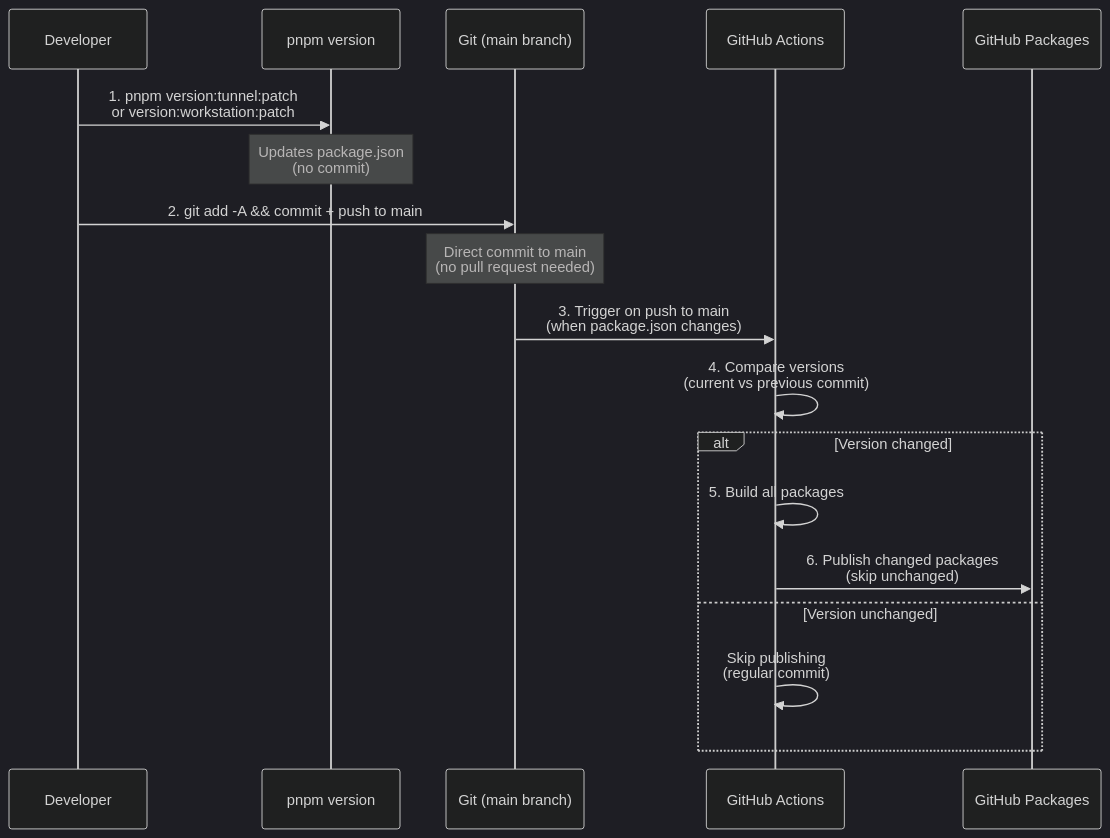
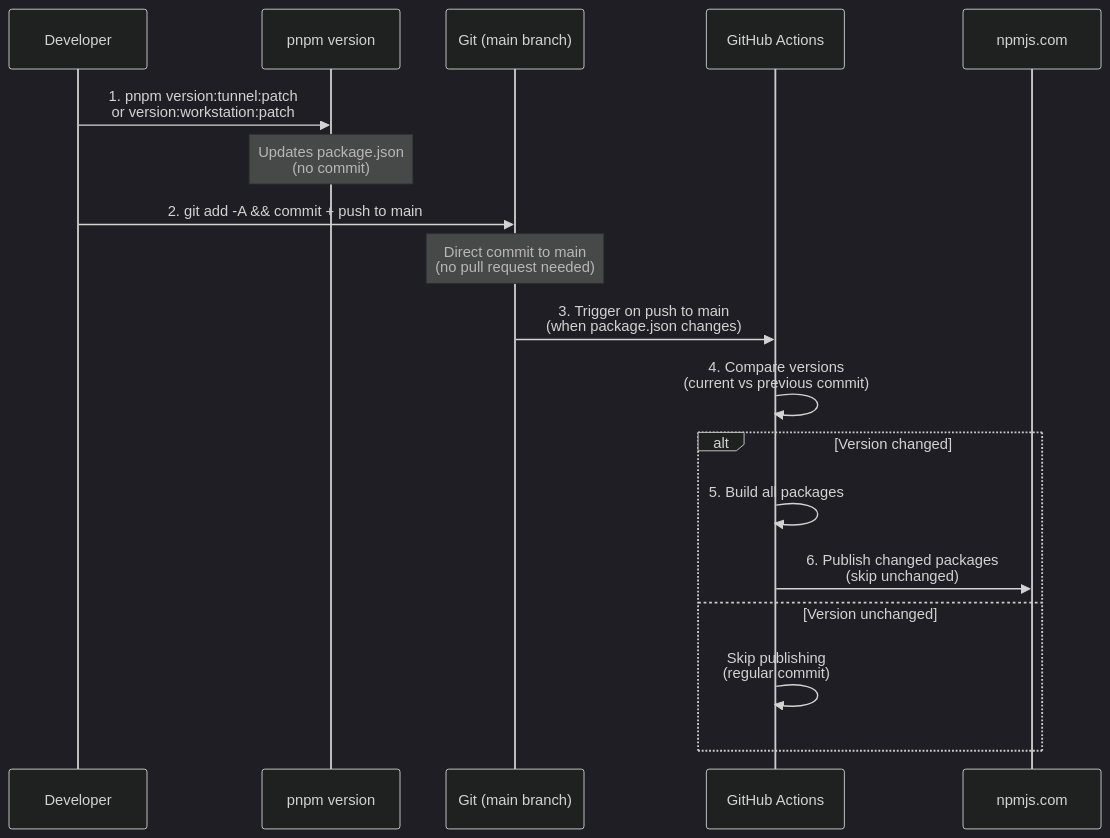
One commit to tiflis-io/tiflis-code changed the diagram in docs/CICD_AND_RELEASE.md. Above: the diagram before and after it, drawn with Mermaid (dark theme). The commit also changed other lines of this file and 26 other files, not shown here.

First line of the commit message:
feat: add one-liner install scripts and migrate to npmjs.com

````diff
--- a/docs/CICD_AND_RELEASE.md
+++ b/docs/CICD_AND_RELEASE.md
@@ -151,21 +151,21 @@
 ```mermaid
 sequenceDiagram
     participant Dev as Developer
     participant CMD as pnpm version
     participant Git as Git (main branch)
     participant CI as GitHub Actions
-    participant NPM as GitHub Packages
+    participant NPM as npmjs.com
 
     Dev->>CMD: 1. pnpm version:tunnel:patch<br/>or version:workstation:patch
     Note over CMD: Updates package.json<br/>(no commit)
     Dev->>Git: 2. git add -A && commit + push to main
     Note over Git: Direct commit to main<br/>(no pull request needed)
     Git->>CI: 3. Trigger on push to main<br/>(when package.json changes)
     CI->>CI: 4. Compare versions<br/>(current vs previous commit)
     alt Version changed
         CI->>CI: 5. Build all packages
         CI->>NPM: 6. Publish changed packages<br/>(skip unchanged)
     else Version unchanged
         CI->>CI: Skip publishing<br/>(regular commit)
     end
 ```
````
